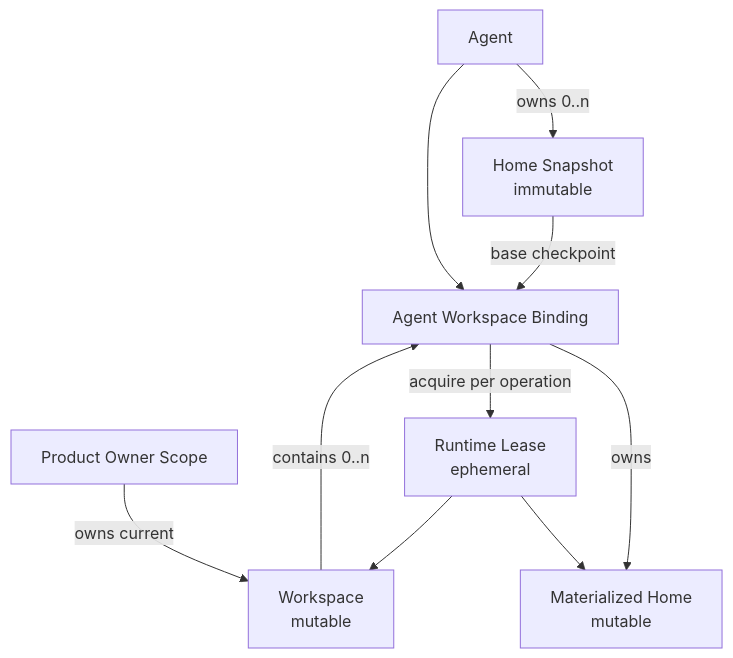
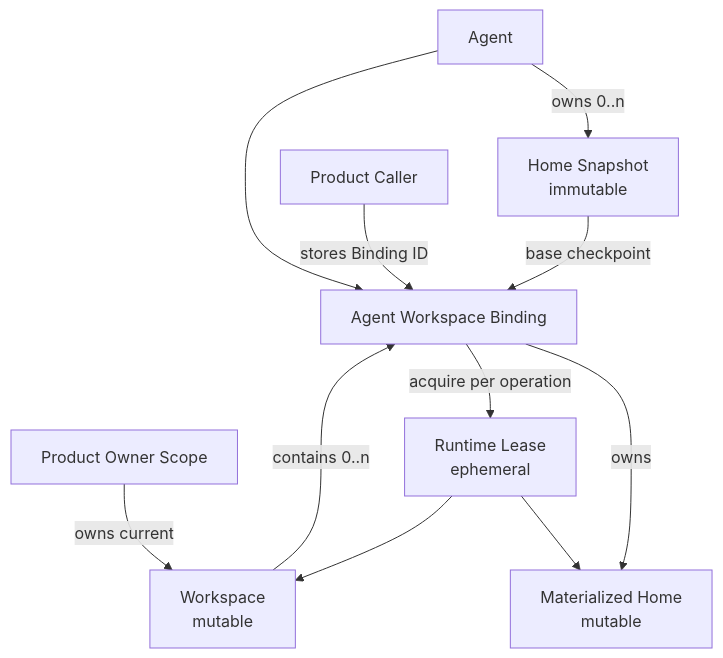
The second of 4 diagrams in .context/docs/260723-agent-working-environment-architecture-doc.md (langgenius/dify), drawn with Mermaid before and after one commit. The commit also changed other lines of this file and 67 other files, not shown here.

````diff
--- a/.context/docs/260723-agent-working-environment-architecture-doc.md
+++ b/.context/docs/260723-agent-working-environment-architecture-doc.md
@@ -72,12 +73,13 @@
 ```mermaid
 flowchart TD
     Agent["Agent"] -->|owns 0..n| Snapshot["Home Snapshot<br/>immutable"]
     Owner["Product Owner Scope"] -->|owns current| Workspace["Workspace<br/>mutable"]
+    Caller["Product Caller"] -->|stores Binding ID| Binding
     Agent --> Binding["Agent Workspace Binding"]
     Workspace -->|contains 0..n| Binding
     Snapshot -->|base checkpoint| Binding
     Binding -->|owns| Home["Materialized Home<br/>mutable"]
     Binding -->|acquire per operation| Lease["Runtime Lease<br/>ephemeral"]
     Lease --> Home
     Lease --> Workspace
 ```
````
